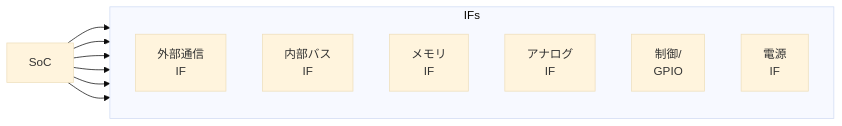
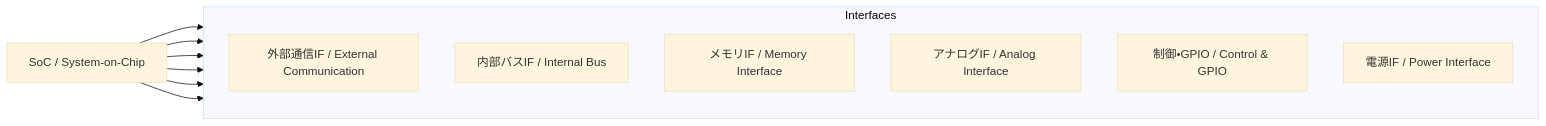
The diagram in chapter5a_spec_module_if/5a.3_interface_design.md (Samizo-AITL/Edusemi-v4x), drawn with Mermaid (base theme) before and after one commit. The commit also changed other lines of this file, not shown here.

````diff
--- a/chapter5a_spec_module_if/5a.3_interface_design.md
+++ b/chapter5a_spec_module_if/5a.3_interface_design.md
@@ -36,22 +36,22 @@
 ```mermaid
 flowchart LR
-    A[SoC]
+    A[SoC / System-on-Chip]
 
     %% 右側を1列に縦積み
-    subgraph IFs
+    subgraph IFs[Interfaces]
       direction TB
-      B[外部通信<br/>IF]
-      C[内部バス<br/>IF]
-      D[メモリ<br/>IF]
-      E[アナログ<br/>IF]
-      F[制御/<br/>GPIO]
-      G[電源<br/>IF]
+      B[外部通信IF / External Communication]
+      C[内部バスIF / Internal Bus]
+      D[メモリIF / Memory Interface]
+      E[アナログIF / Analog Interface]
+      F[制御・GPIO / Control & GPIO]
+      G[電源IF / Power Interface]
     end
 
     A --> B
     A --> C
     A --> D
     A --> E
     A --> F
     A --> G
 ```
````
